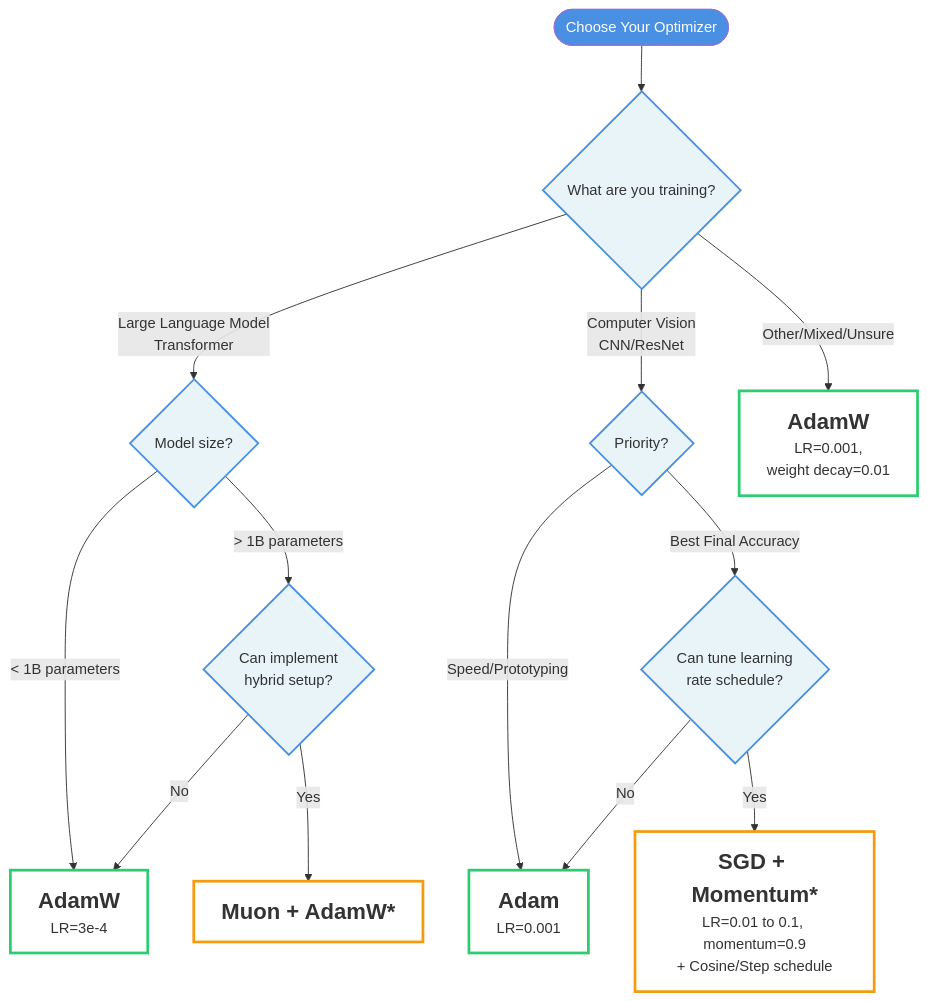
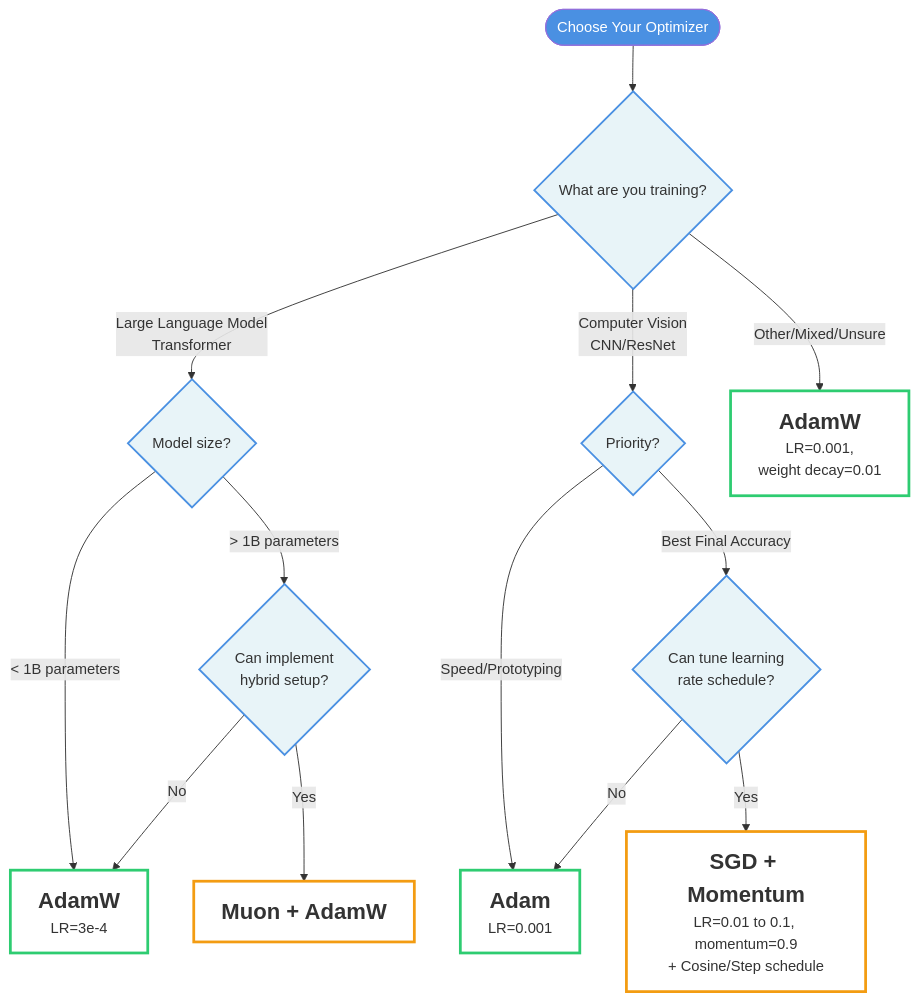
One commit to chizkidd/chizkidd.github.io changed the diagram in _posts/2026-01-22-neural-net-optimizers.md. Above: the diagram before and after it, drawn with Mermaid. The commit also changed other lines of this file, not shown here.

Commit message:
edit nn optimizer blog post

```diff
--- a/_posts/2026-01-22-neural-net-optimizers.md
+++ b/_posts/2026-01-22-neural-net-optimizers.md
@@ -61,31 +61,31 @@
 <div class="mermaid">
 graph TD
     Start([Choose Your Optimizer]) --> Q1{What are you training?}
     
     Q1 -->|Large Language Model<br/>Transformer| Q2{Model size?}
     Q1 -->|Computer Vision<br/>CNN/ResNet| Q3{Priority?}
     Q1 -->|Other/Mixed/Unsure| Default["<b><font size=5>AdamW</font></b><br/>LR=0.001, <br>weight decay=0.01<br/>"]
     
     Q2 -->|< 1B parameters| Adam1["<b><font size=5>AdamW</font></b><br/>LR=3e-4<br/>"]
     Q2 -->|> 1B parameters| Q4{Can implement<br/>hybrid setup?}
     
-    Q4 -->|Yes| Muon1["<b><font size=5>Muon + AdamW*</font></b><br/>"]
+    Q4 -->|Yes| Muon1["<b><font size=5>Muon + AdamW</font></b><br/>"]
     Q4 -->|No| Adam1
     
     Q3 -->|Speed/Prototyping| Adam2["<b><font size=5>Adam</font></b><br/>LR=0.001<br/>"]
     Q3 -->|Best Final Accuracy| Q5{Can tune learning<br/>rate schedule?}
     
-    Q5 -->|Yes| SGD1["<b><font size=5>SGD + Momentum*</font></b><br/>LR=0.01 to 0.1, momentum=0.9<br/>+ Cosine/Step schedule<br/>"]
+    Q5 -->|Yes| SGD1["<b><font size=5>SGD + Momentum</font></b><br/>LR=0.01 to 0.1, momentum=0.9<br/>+ Cosine/Step schedule<br/>"]
     Q5 -->|No| Adam2
     
     style Start fill:#4a90e2,color:#fff
     style Default fill:none,stroke:#2ecc71,stroke-width:3px
     style Adam1 fill:none,stroke:#2ecc71,stroke-width:3px
     style Adam2 fill:none,stroke:#2ecc71,stroke-width:3px
     style Muon1 fill:none,stroke:#f39c12,stroke-width:3px
     style SGD1 fill:none,stroke:#f39c12,stroke-width:3px
     
     classDef question fill:#e8f4f8,stroke:#4a90e2,stroke-width:2px
     
     class Q1,Q2,Q3,Q4,Q5 question
 </div>
```
